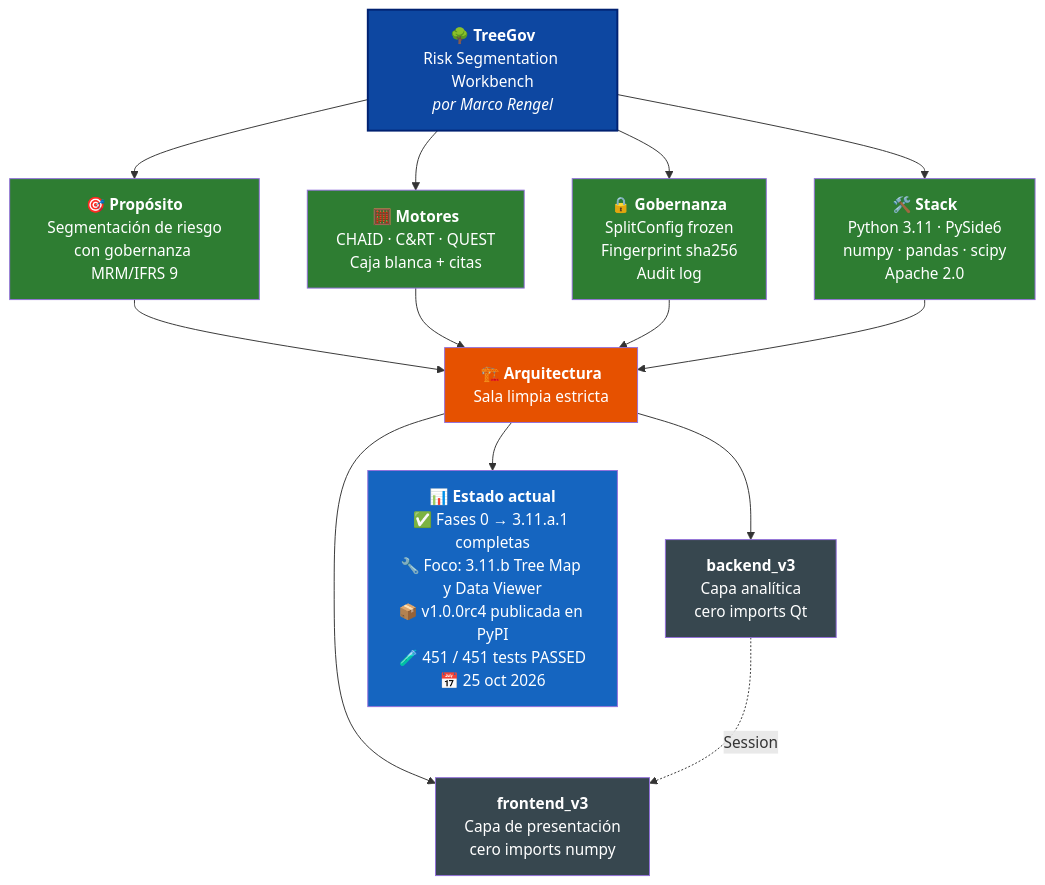
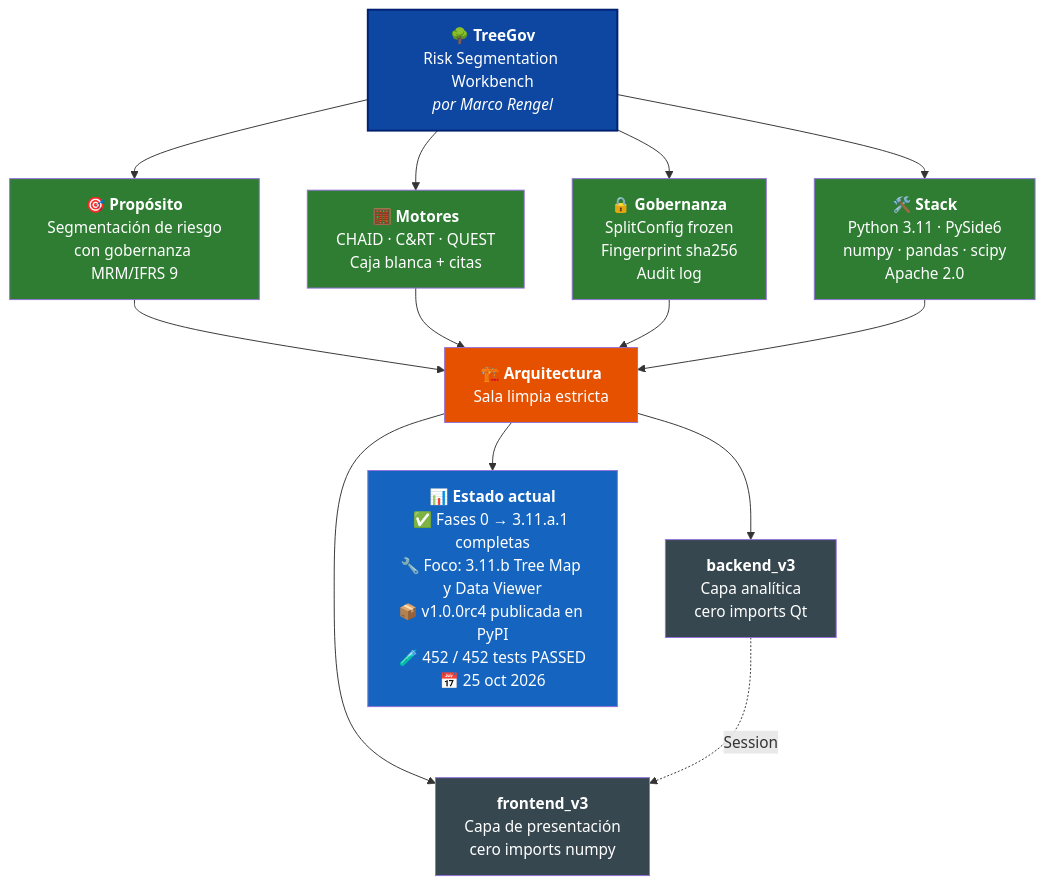
Before and after one commit to Marco-Rengel/treegov: the diagram in README.es.md, drawn with Mermaid. The commit also changed other lines of this file and 12 other files, not shown here.

````diff
--- a/README.es.md
+++ b/README.es.md
@@ -38,31 +38,31 @@
 ```mermaid
 flowchart TB
     TG["<b>🌳 TreeGov</b><br/>Risk Segmentation Workbench<br/><i>por Marco Rengel</i>"]
 
     TG --> P["<b>🎯 Propósito</b><br/>Segmentación de riesgo<br/>con gobernanza MRM/IFRS 9"]
     TG --> M["<b>🧮 Motores</b><br/>CHAID · C&RT · QUEST<br/>Caja blanca + citas"]
     TG --> G["<b>🔒 Gobernanza</b><br/>SplitConfig frozen<br/>Fingerprint sha256<br/>Audit log"]
     TG --> S["<b>🛠️ Stack</b><br/>Python 3.11 · PySide6<br/>numpy · pandas · scipy<br/>Apache 2.0"]
 
     P --> ARQ["<b>🏗️ Arquitectura</b><br/>Sala limpia estricta"]
     M --> ARQ
     G --> ARQ
     S --> ARQ
 
     ARQ --> BE["<b>backend_v3</b><br/>Capa analítica<br/>cero imports Qt"]
     ARQ --> FE["<b>frontend_v3</b><br/>Capa de presentación<br/>cero imports numpy"]
 
     BE -.->|Session| FE
 
-    ARQ --> ST["<b>📊 Estado actual</b><br/>✅ Fases 0 → 3.11.a.1 completas<br/>🔧 Foco: 3.11.b Tree Map y Data Viewer<br/>📦 v1.0.0rc4 publicada en PyPI<br/>🧪 451 / 451 tests PASSED<br/>📅 25 oct 2026"]
+    ARQ --> ST["<b>📊 Estado actual</b><br/>✅ Fases 0 → 3.11.a.1 completas<br/>🔧 Foco: 3.11.b Tree Map y Data Viewer<br/>📦 v1.0.0rc4 publicada en PyPI<br/>🧪 452 / 452 tests PASSED<br/>📅 25 oct 2026"]
 
     style TG fill:#0D47A1,color:#fff,stroke:#002171,stroke-width:2px
     style P fill:#2E7D32,color:#fff
     style M fill:#2E7D32,color:#fff
     style G fill:#2E7D32,color:#fff
     style S fill:#2E7D32,color:#fff
     style ARQ fill:#E65100,color:#fff
     style BE fill:#37474F,color:#fff
     style FE fill:#37474F,color:#fff
     style ST fill:#1565C0,color:#fff
 ```
````
